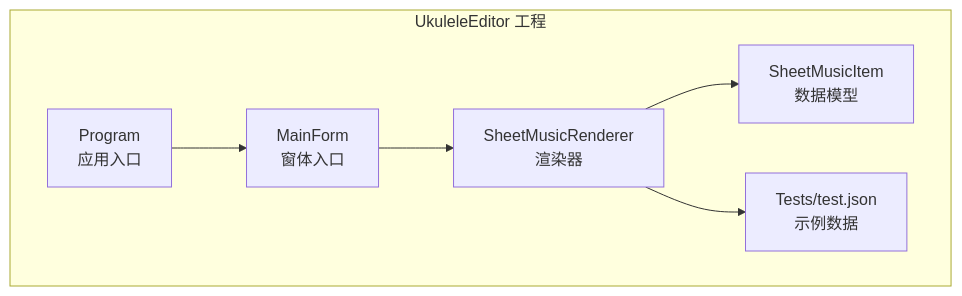
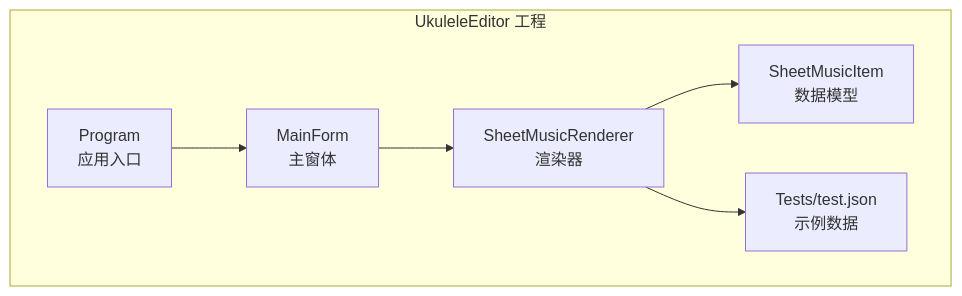
The first of 5 diagrams in .qoder/repowiki/zh/content/技术架构设计/核心组件/尤克里里乐谱编辑器.md (db300/PdfTool), drawn with Mermaid before and after one commit. The commit also changed other lines of this file and 2 other files, not shown here.

````diff
--- a/.qoder/repowiki/zh/content/技术架构设计/核心组件/尤克里里乐谱编辑器.md
+++ b/.qoder/repowiki/zh/content/技术架构设计/核心组件/尤克里里乐谱编辑器.md
@@ -34,14 +41,14 @@
 ```mermaid
 graph TB
 subgraph "UkuleleEditor 工程"
-MainForm["MainForm<br/>窗体入口"]
+MainForm["MainForm<br/>主窗体"]
 Program["Program<br/>应用入口"]
 Renderer["SheetMusicRenderer<br/>渲染器"]
 Model["SheetMusicItem<br/>数据模型"]
 TestJson["Tests/test.json<br/>示例数据"]
 end
 Program --> MainForm
 MainForm --> Renderer
 Renderer --> Model
 Renderer --> TestJson
 ```
````
